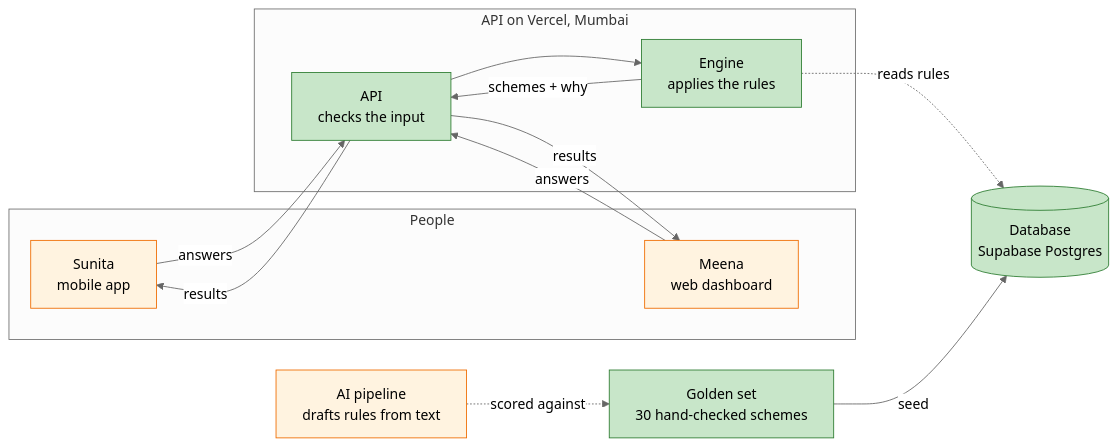
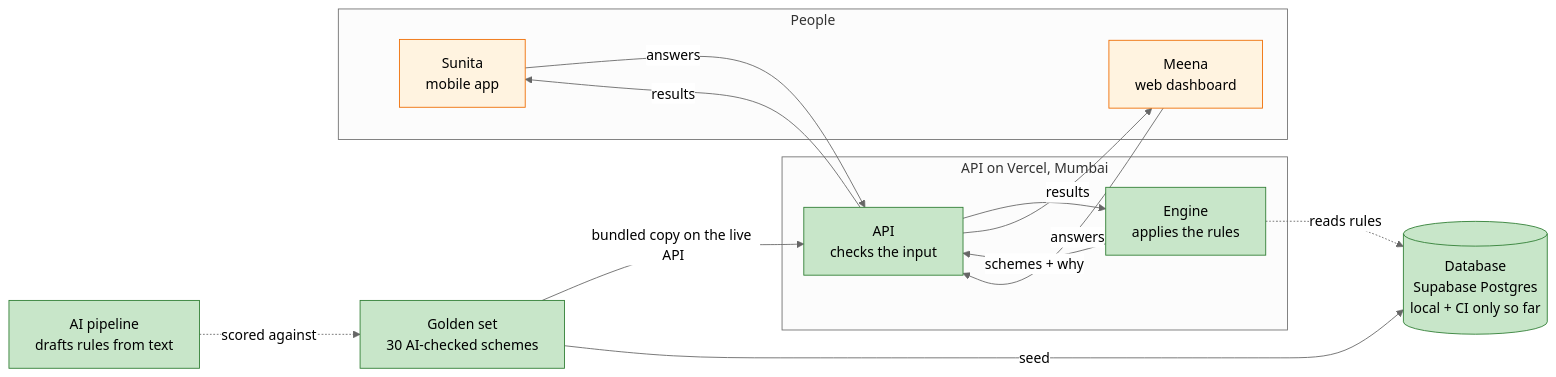
Before and after one commit to Zakuroooo/SchemeMatch: the second of 9 diagrams in docs/STORY.md, drawn with Mermaid (neutral theme). The commit also changed other lines of this file and 10 other files, not shown here.

````diff
--- a/docs/STORY.md
+++ b/docs/STORY.md
@@ -108,29 +108,30 @@
 ```mermaid
 flowchart LR
     subgraph People
         S[Sunita<br/>mobile app]
         M[Meena<br/>web dashboard]
     end
     subgraph Server [API on Vercel, Mumbai]
         A[API<br/>checks the input]
         E[Engine<br/>applies the rules]
     end
-    DB[(Database<br/>Supabase Postgres)]
-    G[Golden set<br/>30 hand-checked schemes]
+    DB[(Database<br/>Supabase Postgres<br/>local + CI only so far)]
+    G[Golden set<br/>30 AI-checked schemes]
     P[AI pipeline<br/>drafts rules from text]
 
     S -->|answers| A
     M -->|answers| A
     A --> E
     E -->|schemes + why| A
     A -->|results| S
     A -->|results| M
     E -. reads rules .-> DB
+    G -->|bundled copy on the live API| A
     G -->|seed| DB
     P -. scored against .-> G
 
     classDef done fill:#c8e6c9,stroke:#2e7d32;
     classDef todo fill:#fff3e0,stroke:#ef6c00;
-    class A,E,DB,G done;
-    class S,M,P todo;
+    class A,E,DB,G,P done;
+    class S,M todo;
 ```
````
